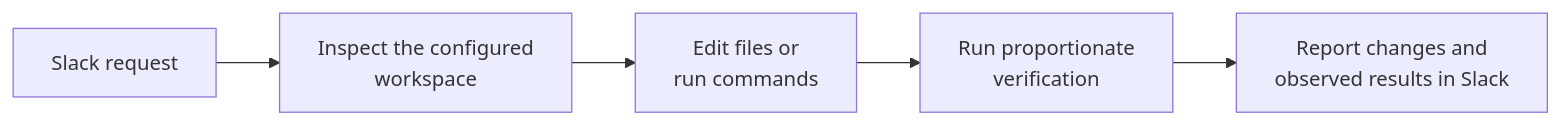
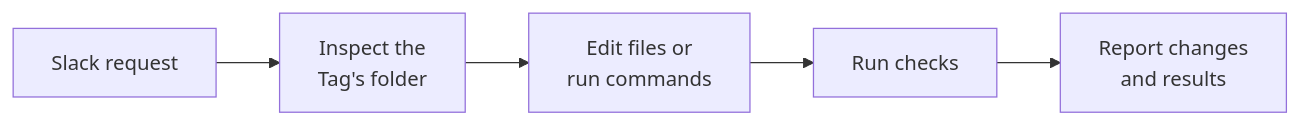
One commit to klovr-co/hover-tag changed the tenth of 16 diagrams in docs/user-flows.md. Above: the diagram before and after it, drawn with Mermaid. The commit also changed other lines of this file and 48 other files, not shown here.

````diff
--- a/docs/user-flows.md
+++ b/docs/user-flows.md
@@ -426,10 +381,10 @@
 ```mermaid
 flowchart LR
     Request["Slack request"]
-    Inspect["Inspect the configured<br/>workspace"]
+    Inspect["Inspect the<br/>Tag's folder"]
     Work["Edit files or<br/>run commands"]
-    Verify["Run proportionate<br/>verification"]
-    Report["Report changes and<br/>observed results in Slack"]
+    Verify["Run checks"]
+    Report["Report changes<br/>and results"]
 
     Request --> Inspect --> Work --> Verify --> Report
 ```
````
